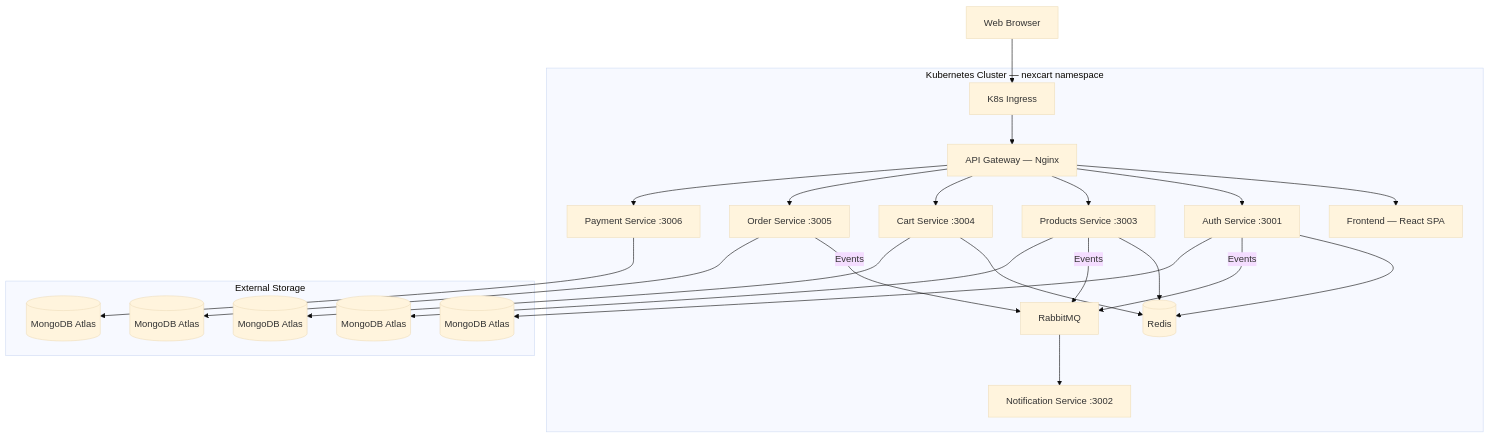
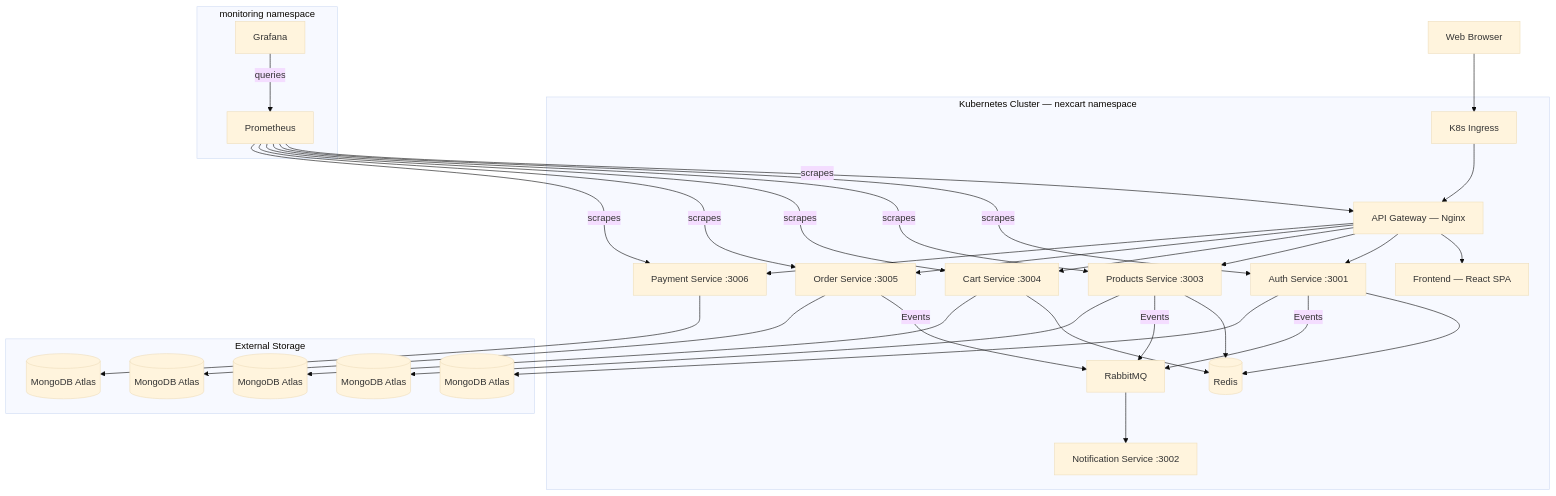
Before and after one commit to Shresth2725/NexCart: the first of 2 diagrams in README.md, drawn with Mermaid (base theme). The commit also changed other lines of this file and 1 other file, not shown here.

Commit message:
docs: add monitoring documentation and Grafana dashboard preview to README

````diff
--- a/README.md
+++ b/README.md
@@ -11,32 +11,42 @@
 ```mermaid
 graph TD
     Client[Web Browser] --> Ingress[K8s Ingress]
 
     subgraph "Kubernetes Cluster — nexcart namespace"
         Ingress --> AGW[API Gateway — Nginx]
         AGW --> FE[Frontend — React SPA]
 
         AGW --> Auth[Auth Service :3001]
         AGW --> Prod[Products Service :3003]
         AGW --> Cart[Cart Service :3004]
         AGW --> Order[Order Service :3005]
         AGW --> Pay[Payment Service :3006]
 
         Auth --> Redis[(Redis)]
         Prod --> Redis
         Cart --> Redis
 
         Auth -- Events --> RMQ[RabbitMQ]
         Prod -- Events --> RMQ
         Order -- Events --> RMQ
         RMQ --> Notif[Notification Service :3002]
     end
 
+    subgraph "monitoring namespace"
+        Prom[Prometheus] -- scrapes --> AGW
+        Prom -- scrapes --> Auth
+        Prom -- scrapes --> Prod
+        Prom -- scrapes --> Cart
+        Prom -- scrapes --> Order
+        Prom -- scrapes --> Pay
+        Grafana[Grafana] -- queries --> Prom
+    end
+
     subgraph "External Storage"
         Auth --> ADB[(MongoDB Atlas)]
         Prod --> PDB[(MongoDB Atlas)]
         Cart --> CDB[(MongoDB Atlas)]
         Order --> ODB[(MongoDB Atlas)]
         Pay --> PYDB[(MongoDB Atlas)]
     end
 ```
````
